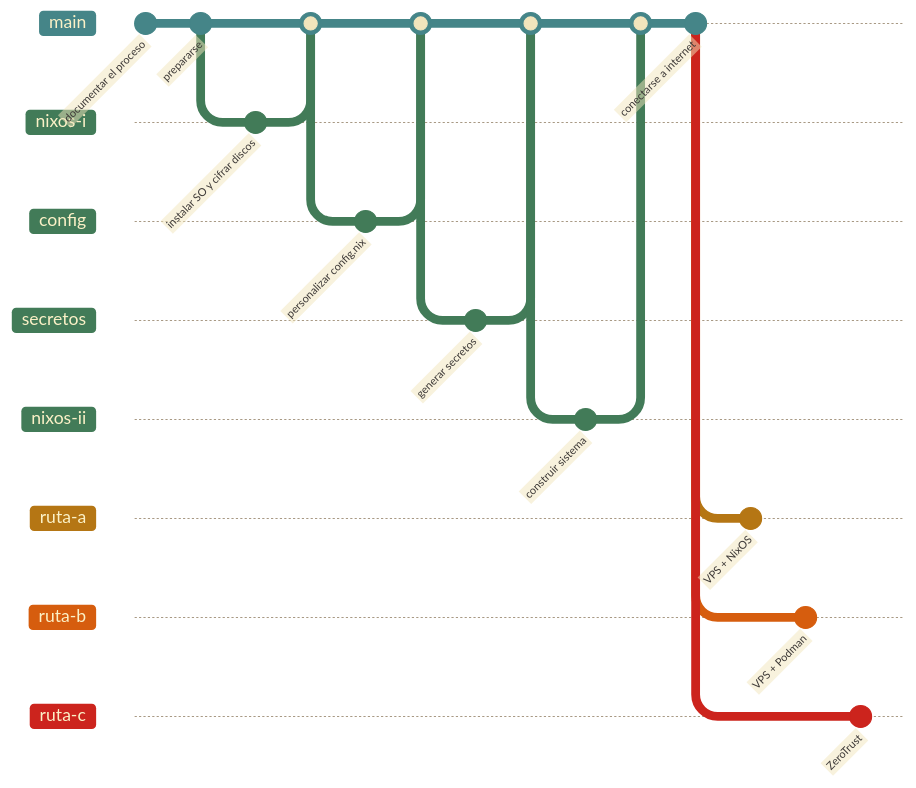
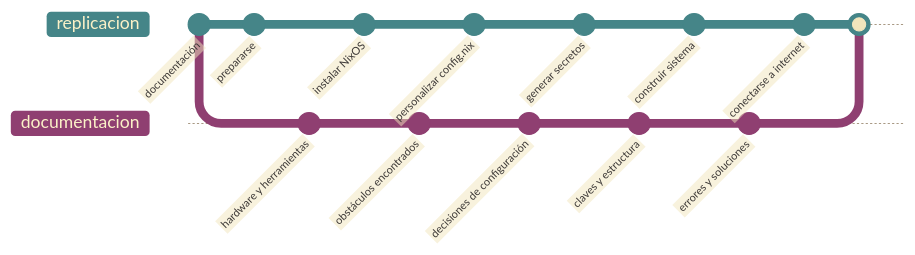
The diagram in base_de_conocimientos/midu/replicación.md (alfabeto-digital/conspiratorios_populares_de_las_soberanias), drawn with Mermaid before and after one commit. The commit also changed other lines of this file and 40 other files, not shown here.

````diff
--- a/base_de_conocimientos/midu/replicación.md
+++ b/base_de_conocimientos/midu/replicación.md
@@ -84,38 +84,29 @@
 ```mermaid
-%%{init: {'theme': 'base', 'themeVariables': {'background': '#fbf1c7', 'primaryColor': '#f2e5bc', 'primaryBorderColor': '#3c3836', 'primaryTextColor': '#3c3836', 'lineColor': '#a89984', 'git0': '#458588', 'git1': '#427b58', 'git2': '#427b58', 'git3': '#427b58', 'git4': '#427b58', 'git5': '#b57614', 'git6': '#d65d0e', 'git7': '#cc241d', 'gitBranchLabel0': '#fbf1c7', 'gitBranchLabel1': '#fbf1c7', 'gitBranchLabel2': '#fbf1c7', 'gitBranchLabel3': '#fbf1c7', 'gitBranchLabel4': '#fbf1c7', 'gitBranchLabel5': '#fbf1c7', 'gitBranchLabel6': '#fbf1c7', 'gitBranchLabel7': '#fbf1c7', 'gitInv0': '#fbf1c7', 'gitInv1': '#fbf1c7', 'gitInv2': '#fbf1c7', 'gitInv3': '#fbf1c7', 'gitInv4': '#fbf1c7', 'gitInv5': '#fbf1c7', 'gitInv6': '#fbf1c7', 'gitInv7': '#fbf1c7', 'commitLabelBackground': '#f2e5bc', 'commitLabelColor': '#3c3836'}}}%%
+%%{init: {'theme': 'base', 'gitGraph': {'mainBranchName': 'replicacion'}, 'themeVariables': {'background': '#fbf1c7', 'primaryColor': '#f2e5bc', 'primaryBorderColor': '#3c3836', 'primaryTextColor': '#3c3836', 'lineColor': '#a89984', 'git0': '#458588', 'git1': '#8f3f71', 'git2': '#427b58', 'git3': '#b57614', 'git4': '#cc241d', 'git5': '#b57614', 'git6': '#d65d0e', 'git7': '#cc241d', 'gitBranchLabel0': '#fbf1c7', 'gitBranchLabel1': '#fbf1c7', 'gitBranchLabel2': '#fbf1c7', 'gitBranchLabel3': '#fbf1c7', 'gitBranchLabel4': '#fbf1c7', 'gitBranchLabel5': '#fbf1c7', 'gitBranchLabel6': '#fbf1c7', 'gitBranchLabel7': '#fbf1c7', 'gitInv0': '#fbf1c7', 'gitInv1': '#fbf1c7', 'gitInv2': '#fbf1c7', 'gitInv3': '#fbf1c7', 'gitInv4': '#fbf1c7', 'gitInv5': '#fbf1c7', 'gitInv6': '#fbf1c7', 'gitInv7': '#fbf1c7', 'commitLabelBackground': '#f2e5bc', 'commitLabelColor': '#3c3836'}}}%%
 gitGraph
-  commit id: "documentar el proceso"
+  commit id: "documentación"
+  branch documentacion
+  checkout replicacion
   commit id: "prepararse"
-  branch nixos-i
-  checkout nixos-i
-  commit id: "instalar SO y cifrar discos"
-  checkout main
-  merge nixos-i
-  branch config
-  checkout config
+  checkout documentacion
+  commit id: "hardware y herramientas"
+  checkout replicacion
+  commit id: "instalar NixOS"
+  checkout documentacion
+  commit id: "obstáculos encontrados"
+  checkout replicacion
   commit id: "personalizar config.nix"
-  checkout main
-  merge config
-  branch secretos
-  checkout secretos
+  checkout documentacion
+  commit id: "decisiones de configuración"
+  checkout replicacion
   commit id: "generar secretos"
-  checkout main
-  merge secretos
-  branch nixos-ii
-  checkout nixos-ii
+  checkout documentacion
+  commit id: "claves y estructura"
+  checkout replicacion
   commit id: "construir sistema"
-  checkout main
-  merge nixos-ii
+  checkout documentacion
+  commit id: "errores y soluciones"
+  checkout replicacion
   commit id: "conectarse a internet"
-  branch ruta-a
-  checkout ruta-a
-  commit id: "VPS + NixOS"
-  checkout main
-  branch ruta-b
-  checkout ruta-b
-  commit id: "VPS + Podman"
-  checkout main
-  branch ruta-c
-  checkout ruta-c
-  commit id: "ZeroTrust"
+  merge documentacion
 ```
````
